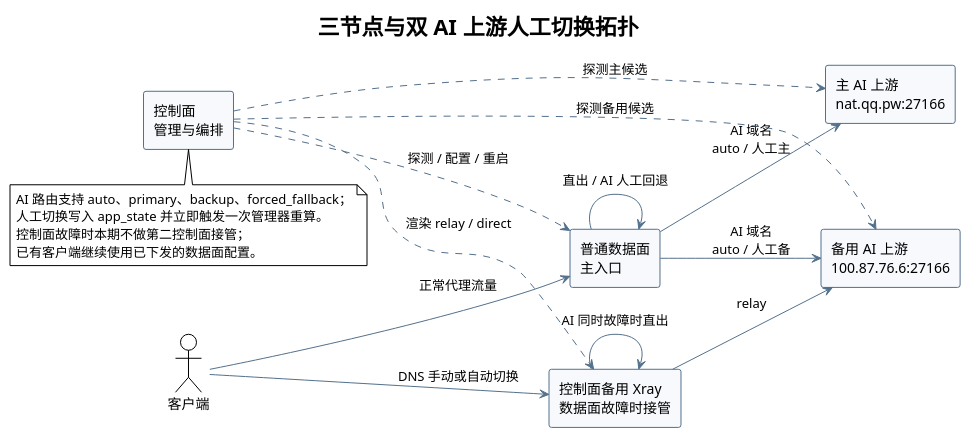
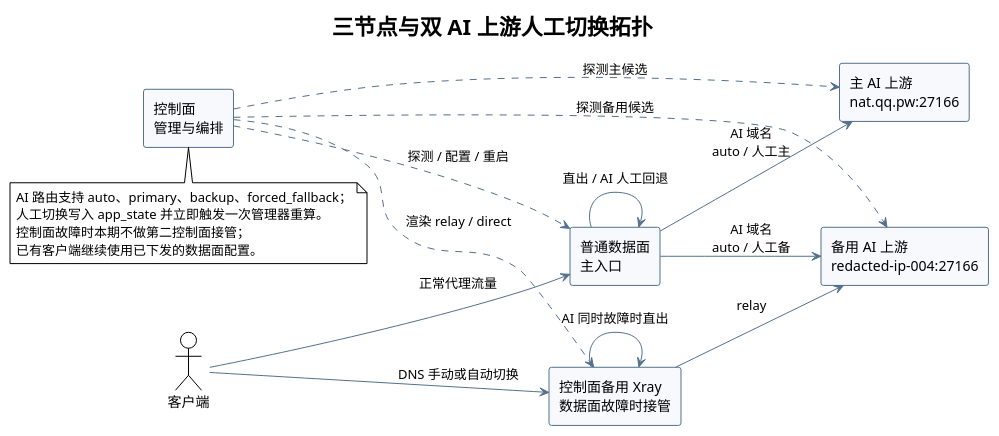
Before and after one commit to i-zrhe2016/ai-routing-panel: the diagram in docs/diagrams/manual-failover-topology.puml, drawn with PlantUML. The commit also changed 43 other files, not shown here.

```diff
--- a/docs/diagrams/manual-failover-topology.puml
+++ b/docs/diagrams/manual-failover-topology.puml
@@ -1,37 +1,37 @@
 @startuml
 !theme plain
 title 三节点与双 AI 上游人工切换拓扑
 
 left to right direction
 skinparam componentStyle rectangle
 skinparam shadowing false
 skinparam ArrowColor #53708C
 skinparam componentBorderColor #53708C
 skinparam componentBackgroundColor #F7F9FC
 
 actor "客户端" as client
 component "控制面\n管理与编排" as panel
 component "普通数据面\n主入口" as data
 component "主 AI 上游\nnat.qq.pw:27166" as primary
-component "备用 AI 上游\n100.87.76.6:27166" as backupAi
+component "备用 AI 上游\nredacted-ip-004:27166" as backupAi
 component "控制面备用 Xray\n数据面故障时接管" as backup
 
 client --> data : 正常代理流量
 data --> primary : AI 域名\nauto / 人工主
 data --> backupAi : AI 域名\nauto / 人工备
 data --> data : 直出 / AI 人工回退
 client --> backup : DNS 手动或自动切换
 backup --> backupAi : relay
 backup --> backup : AI 同时故障时直出
 panel ..> data : 探测 / 配置 / 重启
 panel ..> primary : 探测主候选
 panel ..> backupAi : 探测备用候选
 panel ..> backup : 渲染 relay / direct
 
 note bottom of panel
 AI 路由支持 auto、primary、backup、forced_fallback；
 人工切换写入 app_state 并立即触发一次管理器重算。
 控制面故障时本期不做第二控制面接管；
 已有客户端继续使用已下发的数据面配置。
 end note
 @enduml
```
